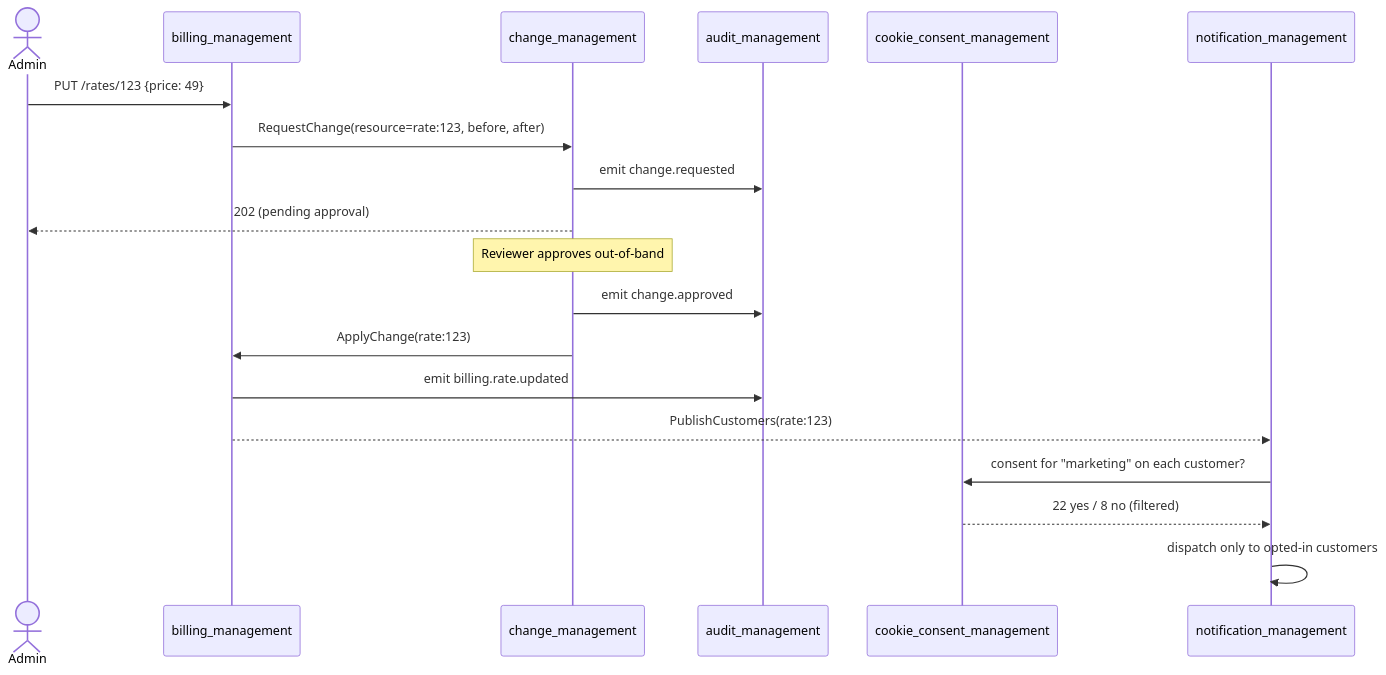
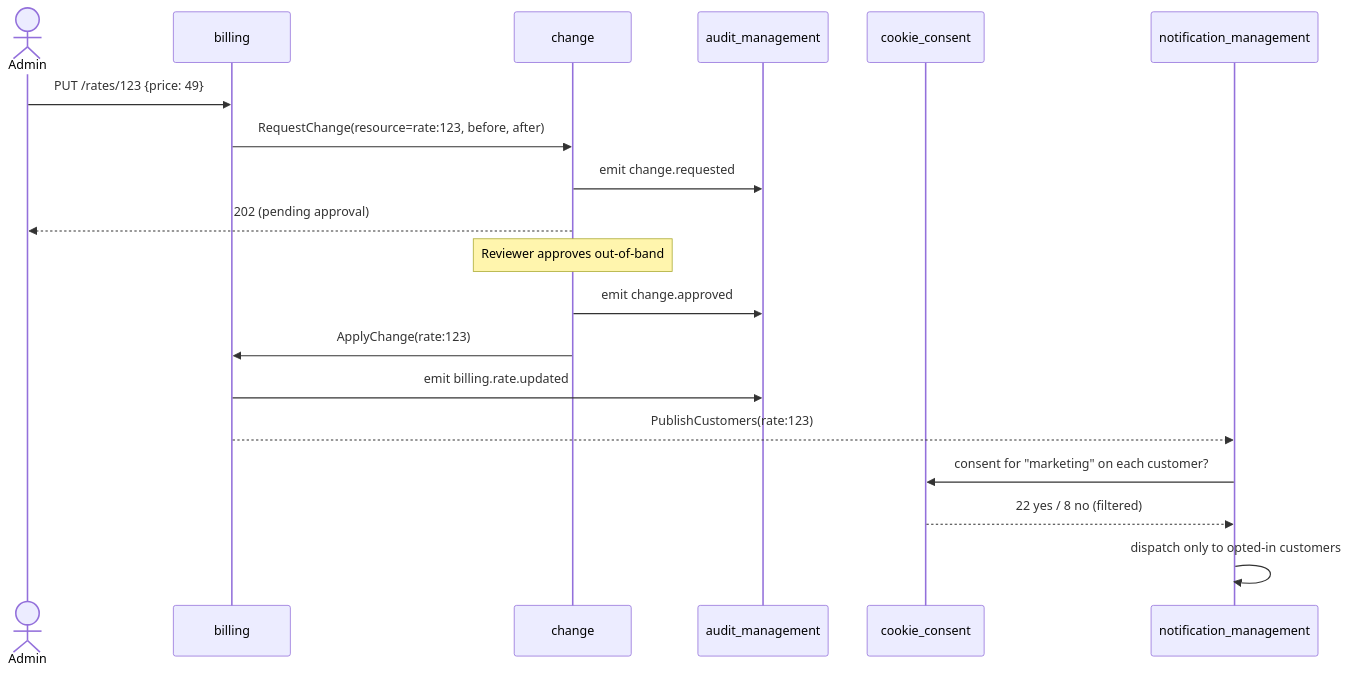
The second of 3 diagrams in architecture/domains/governance/arc42.md (septagon-oss/pk-docs), drawn with Mermaid before and after one commit. The commit also changed other lines of this file and 224 other files, not shown here.

````diff
--- a/architecture/domains/governance/arc42.md
+++ b/architecture/domains/governance/arc42.md
@@ -193,25 +191,25 @@
 ```mermaid
 sequenceDiagram
     actor Admin
-    participant Billing as billing_management
-    participant Change as change_management
+    participant Billing as billing
+    participant Change as change
     participant Audit as audit_management
-    participant Cookie as cookie_consent_management
+    participant Cookie as cookie_consent
     participant Notify as notification_management
 
     Admin->>Billing: PUT /rates/123 {price: 49}
     Billing->>Change: RequestChange(resource=rate:123, before, after)
     Change->>Audit: emit change.requested
     Change-->>Admin: 202 (pending approval)
 
     Note over Change: Reviewer approves out-of-band
 
     Change->>Audit: emit change.approved
     Change->>Billing: ApplyChange(rate:123)
     Billing->>Audit: emit billing.rate.updated
     Billing-->>Notify: PublishCustomers(rate:123)
 
     Notify->>Cookie: consent for "marketing" on each customer?
     Cookie-->>Notify: 22 yes / 8 no (filtered)
     Notify->>Notify: dispatch only to opted-in customers
 ```
````
